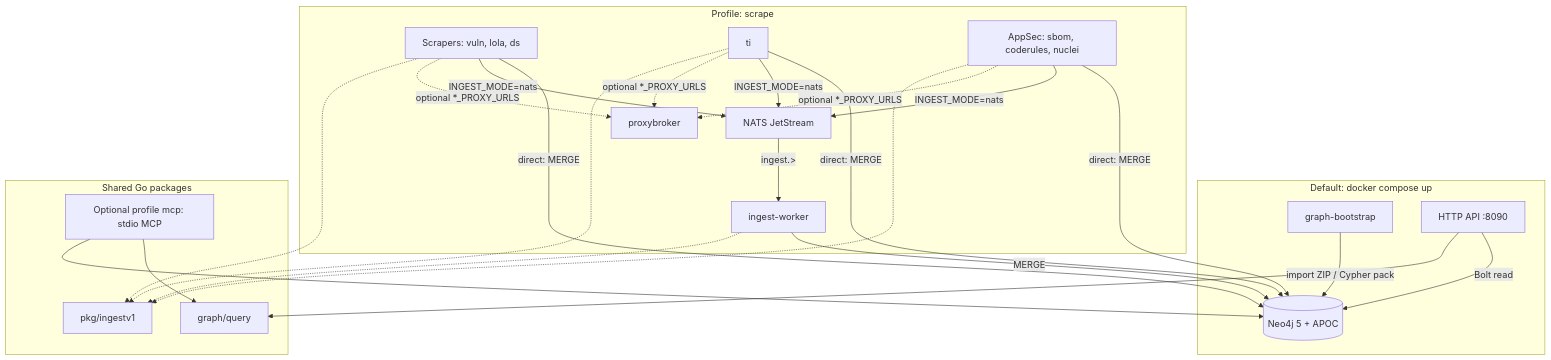
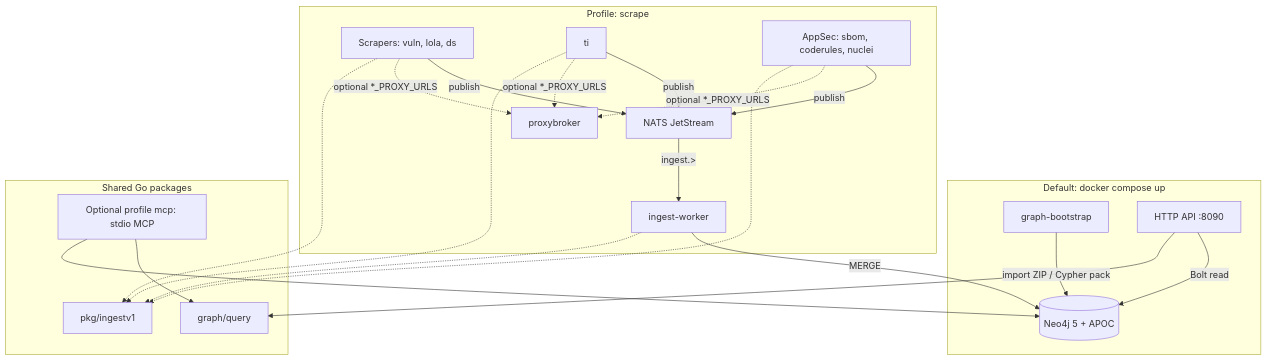
Before and after one commit to butbeautifulv/threat_intelligence: the diagram in README.md, drawn with Mermaid. The commit also changed other lines of this file and 36 other files, not shown here.

First line of the commit message:
refactor(ingest): NATS-only scrape path and unified compose for v0.3.1

````diff
--- a/README.md
+++ b/README.md
@@ -13,39 +13,36 @@
 ```mermaid
 flowchart TB
   subgraph default_stack["Default: docker compose up"]
     Neo4j[(Neo4j 5 + APOC)]
     Bootstrap[graph-bootstrap]
     API[HTTP API :8090]
     Bootstrap -->|"import ZIP / Cypher pack"| Neo4j
     API -->|"Bolt read"| Neo4j
   end
   subgraph scrape_profile["Profile: scrape"]
     NATS[NATS JetStream]
     Worker[ingest-worker]
     Proxy[proxybroker]
     S["Scrapers: vuln, lola, ds"]
     TI["ti"]
     A["AppSec: sbom, coderules, nuclei"]
-    S -->|"direct: MERGE"| Neo4j
-    S -->|"INGEST_MODE=nats"| NATS
-    TI -->|"direct: MERGE"| Neo4j
-    TI -->|"INGEST_MODE=nats"| NATS
-    A -->|"direct: MERGE"| Neo4j
-    A -->|"INGEST_MODE=nats"| NATS
+    S -->|"publish"| NATS
+    TI -->|"publish"| NATS
+    A -->|"publish"| NATS
     NATS -->|"ingest.>"| Worker -->|"MERGE"| Neo4j
     S -.->|optional *_PROXY_URLS| Proxy
     TI -.->|optional *_PROXY_URLS| Proxy
     A -.->|optional *_PROXY_URLS| Proxy
   end
   subgraph modules["Shared Go packages"]
     GQ[graph/query]
     IV1[pkg/ingestv1]
     API --> GQ
     MCP[Optional profile mcp: stdio MCP] --> GQ
     MCP --> Neo4j
     A -.-> IV1
     TI -.-> IV1
     S -.-> IV1
     Worker -.-> IV1
   end
 ```
````
